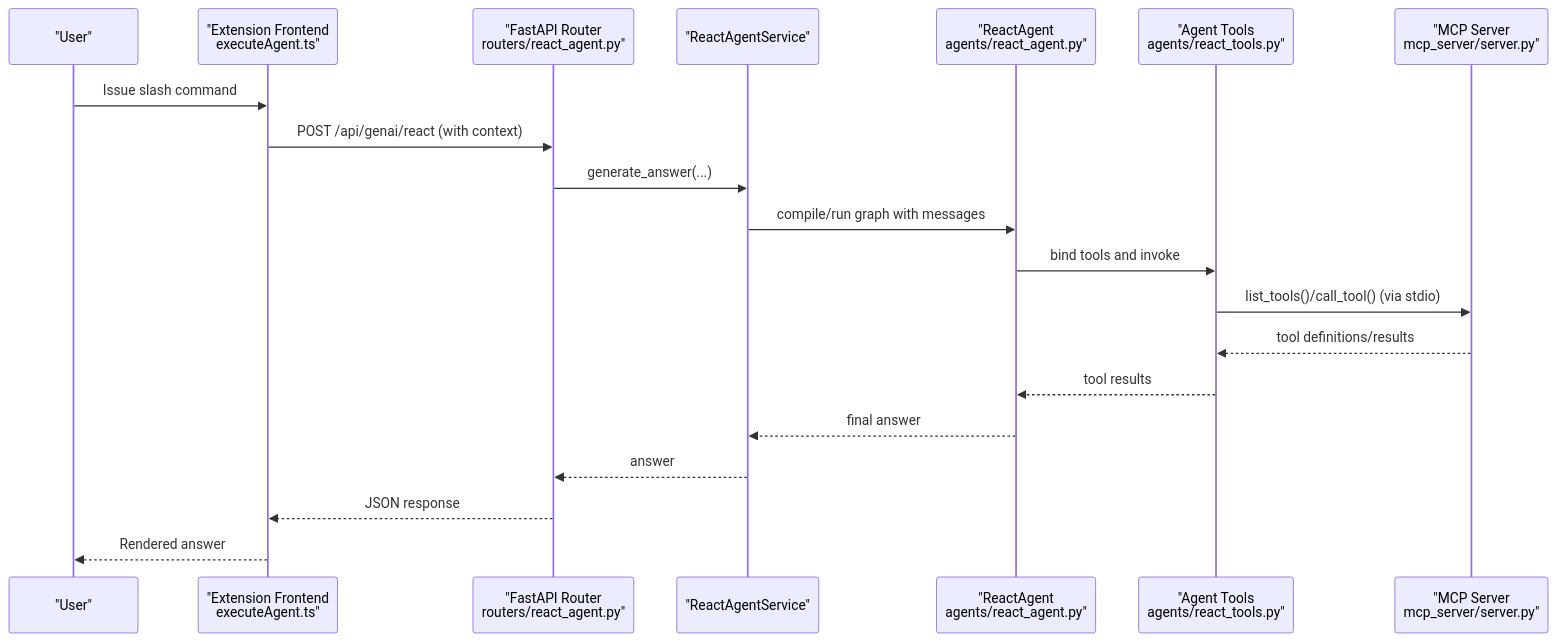
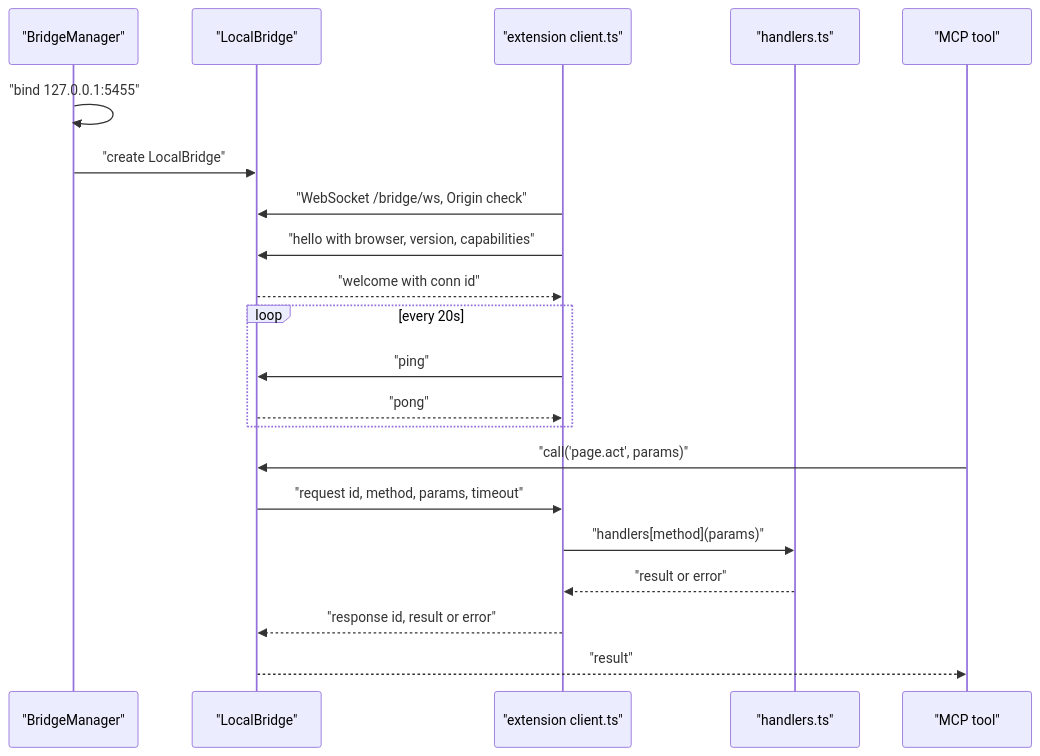
Before and after one commit to tashifkhan/tashif.codes: the second of 8 diagrams in src/data/docs/agentic-browser/System Architecture/MCP Protocol Implementation.md, drawn with Mermaid. The commit also changed other lines of this file and 114 other files, not shown here.

````diff
--- a/src/data/docs/agentic-browser/System Architecture/MCP Protocol Implementation.md
+++ b/src/data/docs/agentic-browser/System Architecture/MCP Protocol Implementation.md
@@ -53,22 +64,23 @@
 ```mermaid
 sequenceDiagram
-participant User as "User"
-participant Ext as "Extension Frontend<br/>executeAgent.ts"
-participant API as "FastAPI Router<br/>routers/react_agent.py"
-participant Svc as "ReactAgentService"
-participant Agent as "ReactAgent<br/>agents/react_agent.py"
-participant Tools as "Agent Tools<br/>agents/react_tools.py"
-participant MCP as "MCP Server<br/>mcp_server/server.py"
-User->>Ext : Issue slash command
-Ext->>API : POST /api/genai/react (with context)
-API->>Svc : generate_answer(...)
-Svc->>Agent : compile/run graph with messages
-Agent->>Tools : bind tools and invoke
-Tools->>MCP : list_tools()/call_tool() (via stdio)
-MCP-->>Tools : tool definitions/results
-Tools-->>Agent : tool results
-Agent-->>Svc : final answer
-Svc-->>API : answer
-API-->>Ext : JSON response
-Ext-->>User : Rendered answer
+  participant MG as "BridgeManager"
+  participant LB as "LocalBridge"
+  participant CL as "extension client.ts"
+  participant HD as "handlers.ts"
+  participant SV as "MCP tool"
+  MG->>MG: "bind 127.0.0.1:5455"
+  MG->>LB: "create LocalBridge"
+  CL->>LB: "WebSocket /bridge/ws, Origin check"
+  CL->>LB: "hello with browser, version, capabilities"
+  LB-->>CL: "welcome with conn id"
+  loop every 20s
+    CL->>LB: "ping"
+    LB-->>CL: "pong"
+  end
+  SV->>LB: "call('page.act', params)"
+  LB->>CL: "request id, method, params, timeout"
+  CL->>HD: "handlers[method](params)"
+  HD-->>CL: "result or error"
+  CL-->>LB: "response id, result or error"
+  LB-->>SV: "result"
 ```
````
